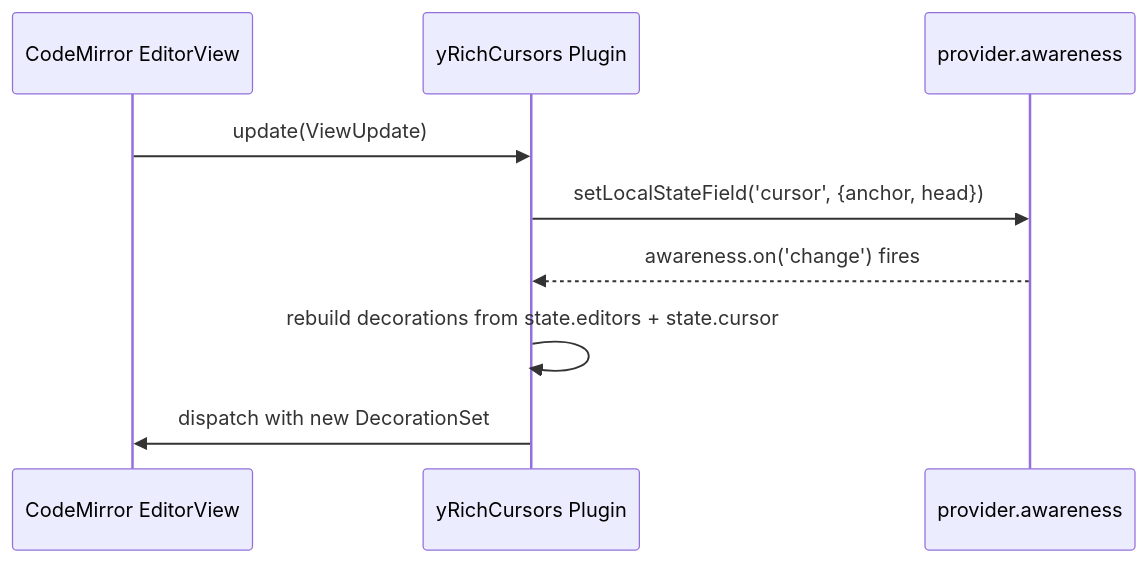
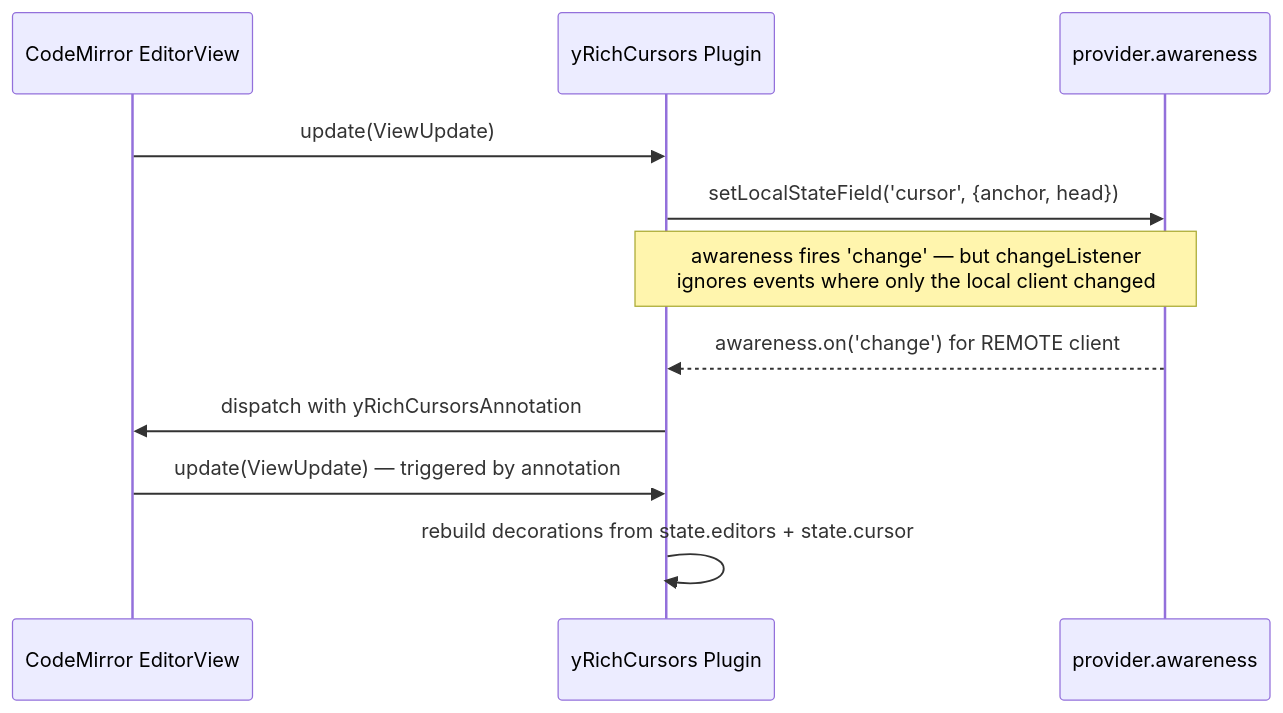
One commit to growilabs/growi changed the third of 3 diagrams in .kiro/specs/collaborative-editor-awareness/design.md. Above: the diagram before and after it, drawn with Mermaid. The commit also changed other lines of this file and 2 other files, not shown here.

````diff
--- a/.kiro/specs/collaborative-editor-awareness/design.md
+++ b/.kiro/specs/collaborative-editor-awareness/design.md
@@ -106,12 +106,14 @@
 ```mermaid
 sequenceDiagram
     participant CM as CodeMirror EditorView
     participant RC as yRichCursors Plugin
     participant AW as provider.awareness
 
     CM->>RC: update(ViewUpdate)
     RC->>AW: setLocalStateField('cursor', {anchor, head})
-    AW-->>RC: awareness.on('change') fires
+    Note over AW,RC: awareness fires 'change' — but changeListener<br/>ignores events where only the local client changed
+    AW-->>RC: awareness.on('change') for REMOTE client
+    RC->>CM: dispatch with yRichCursorsAnnotation
+    CM->>RC: update(ViewUpdate) — triggered by annotation
     RC->>RC: rebuild decorations from state.editors + state.cursor
-    RC->>CM: dispatch with new DecorationSet
 ```
````
